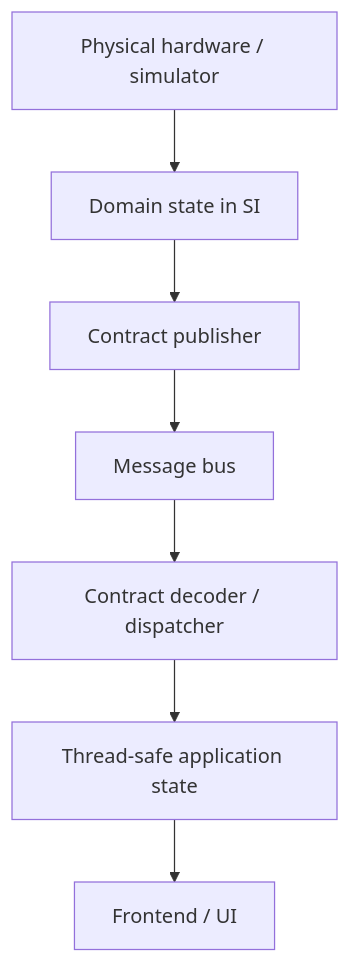
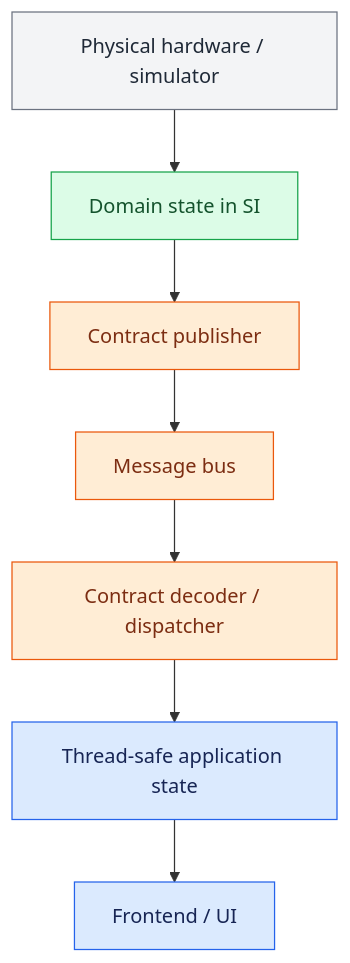
The third of 5 diagrams in docs/architecture.md (markisrt4/OpenRoadCode), drawn with Mermaid before and after one commit. The commit also changed other lines of this file, not shown here.

Commit message:
Color Mermaid diagrams by architecture layer

````diff
--- a/docs/architecture.md
+++ b/docs/architecture.md
@@ -43,12 +66,23 @@
 ```mermaid
 flowchart TD
     source["Physical hardware / simulator"]
     state["Domain state in SI"]
     publisher["Contract publisher"]
     bus["Message bus"]
     decoder["Contract decoder / dispatcher"]
     appstate["Thread-safe application state"]
     frontend["Frontend / UI"]
 
     source --> state --> publisher --> bus --> decoder --> appstate --> frontend
+
+    classDef orcApp fill:#dbeafe,stroke:#2563eb,color:#172554;
+    classDef orcService fill:#ede9fe,stroke:#7c3aed,color:#2e1065;
+    classDef orcController fill:#dcfce7,stroke:#16a34a,color:#14532d;
+    classDef orcMessage fill:#ffedd5,stroke:#ea580c,color:#7c2d12;
+    classDef orcAdapter fill:#fee2e2,stroke:#dc2626,color:#7f1d1d;
+    classDef orcExternal fill:#f3f4f6,stroke:#6b7280,color:#1f2937;
+    class source orcExternal;
+    class state orcController;
+    class publisher,bus,decoder orcMessage;
+    class appstate,frontend orcApp;
 ```
````
